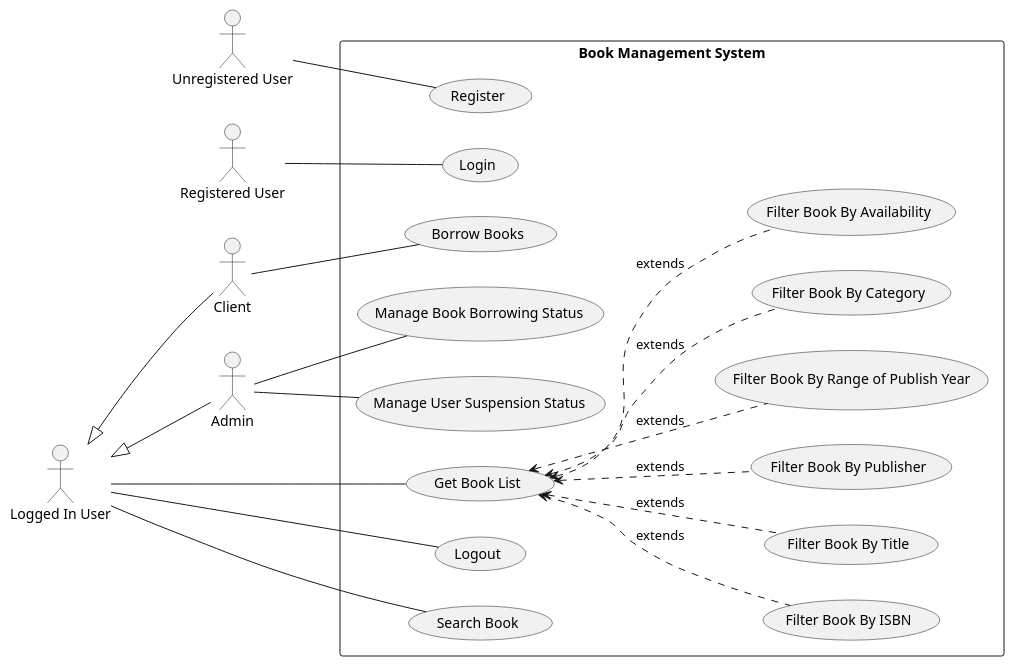
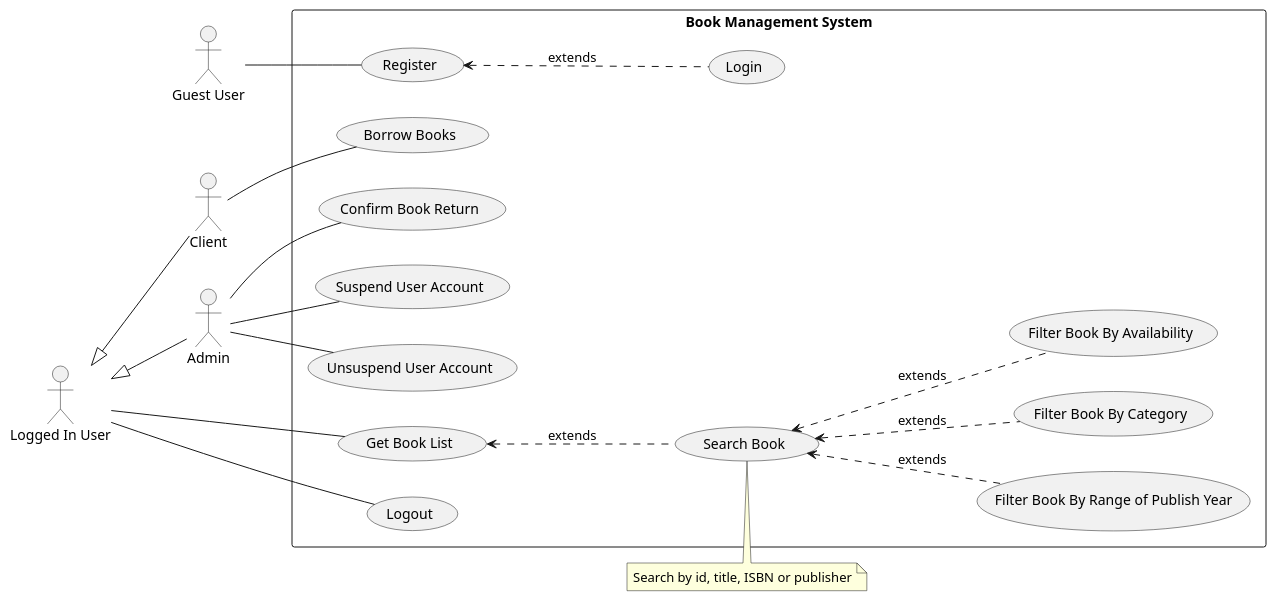
The diagram in design/Use Case.plantuml (Xrayya/book-api-clean), drawn with PlantUML before and after one commit.

Commit message:
chore(design): update
With change of the use case diagram, this project will be simpler than
intended. This decision is taken to speed up the achievement of MVP

```diff
--- a/design/Use Case.plantuml
+++ b/design/Use Case.plantuml
@@ -1,56 +1,53 @@
 @startuml
 left to right direction
 
-:Unregistered User: as uUser
-:Registered User: as rUser
+:Guest User: as gUser
 :Logged In User: as lUser
 :Client: as client
 :Admin: as admin
 
 rectangle "Book Management System" {
   usecase "Register" as register
   usecase "Login" as login
   usecase "Logout" as logout
 
   'For Logged In Users
   usecase "Get Book List" as gBookList
-  usecase "Filter Book By ISBN" as fISBN
-  usecase "Filter Book By Title" as fTitle
-  usecase "Filter Book By Publisher" as fPub
   usecase "Filter Book By Range of Publish Year" as fRYear
   usecase "Filter Book By Category" as fCategory
   usecase "Filter Book By Availability" as fAvail
   usecase "Search Book" as search
 
   'For Client
   usecase "Borrow Books" as borrow
 
   'For Admin
-  usecase "Manage Book Borrowing Status" as mBorrowStat
-  usecase "Manage User Suspension Status" as mUserSuspension
-  'usecase "Manage Borrowing Rules" as mBorrowRules
+  usecase "Confirm Book Return" as confirmReturn
+  usecase "Suspend User Account" as suspendUser
+  usecase "Unsuspend User Account" as unsuspendUser
 }
 
 lUser <|-- client
 lUser <|-- admin
 
-uUser -- register
+gUser -- register
 
-rUser -- login
+login .up.> register : extends
 
 lUser -- logout
 lUser -- gBookList
-lUser -- search
 
-fISBN .up.> gBookList : extends
-fTitle .up.> gBookList : extends
-fPub .up.> gBookList : extends
-fRYear .up.> gBookList : extends
-fCategory .up.> gBookList : extends
-fAvail .up.> gBookList : extends
+search .up.> gBookList : extends
+
+note top of search : Search by id, title, ISBN or publisher
+
+fRYear .up.> search : extends
+fCategory .up.> search : extends
+fAvail .up.> search : extends
 
 client -- borrow
 
-admin -- mBorrowStat
-admin -- mUserSuspension
+admin -- confirmReturn
+admin -- suspendUser
+admin -- unsuspendUser
 @enduml
```
